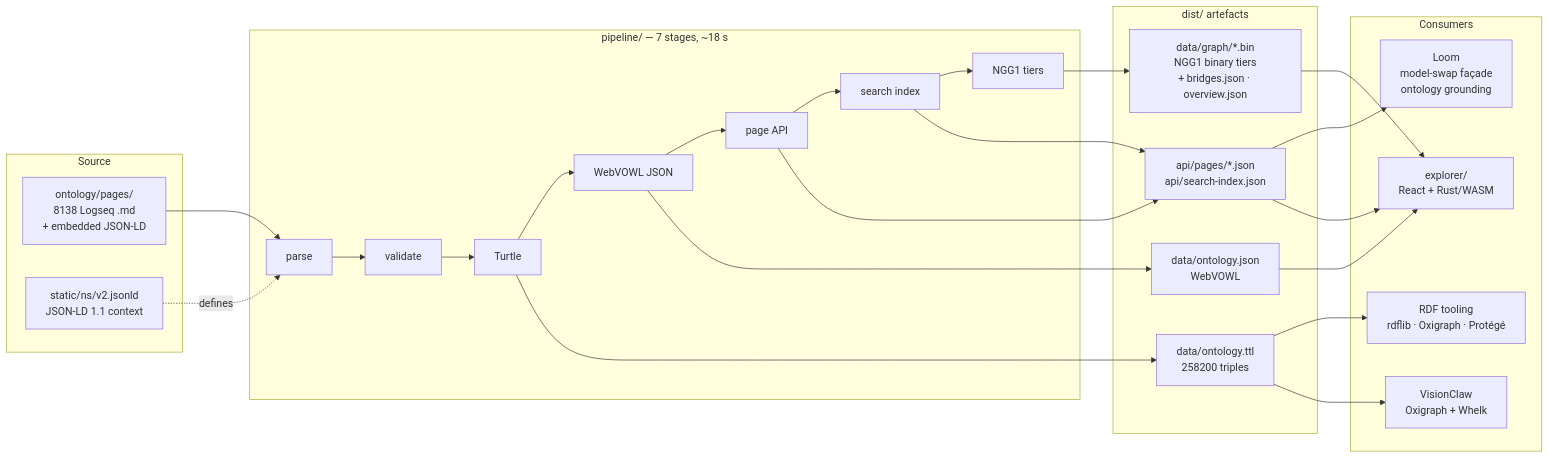
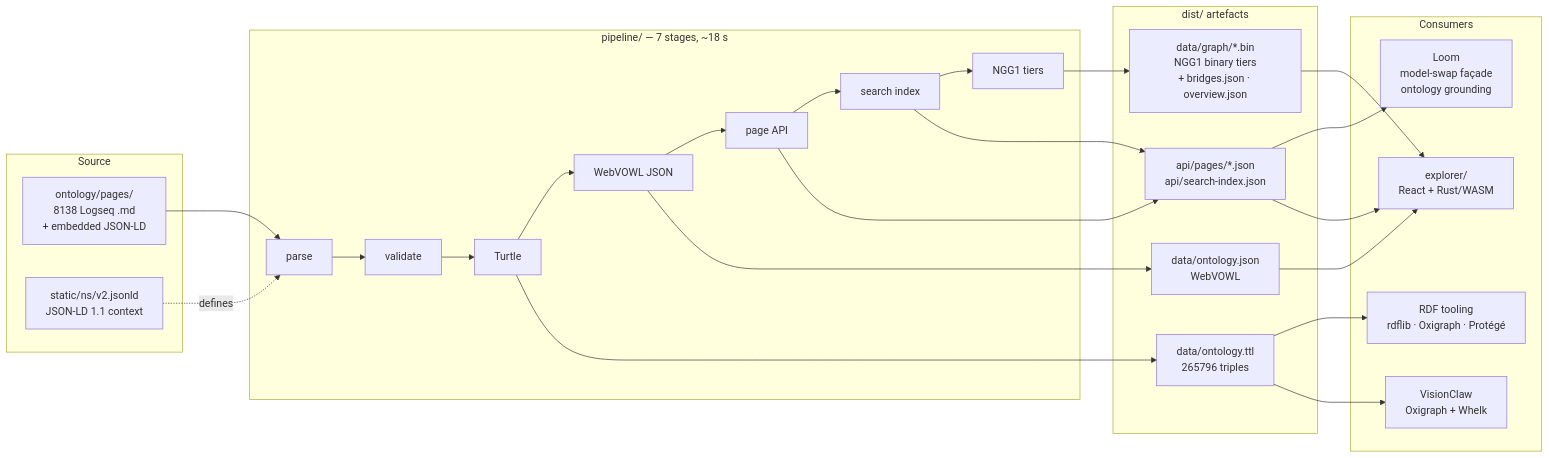
The diagram in README.md (DreamLab-AI/knowledgeGraph), drawn with Mermaid before and after one commit. The commit also changed other lines of this file and 8 other files, not shown here.

````diff
--- a/README.md
+++ b/README.md
@@ -160,41 +160,41 @@
 ```mermaid
 flowchart LR
     subgraph source["Source"]
         md["ontology/pages/<br/>8138 Logseq .md<br/>+ embedded JSON-LD"]
         ctx["static/ns/v2.jsonld<br/>JSON-LD 1.1 context"]
     end
 
     subgraph pipe["pipeline/ — 7 stages, ~18 s"]
         p1["parse"] --> p2["validate"] --> p3["Turtle"]
         p3 --> p4["WebVOWL JSON"] --> p5["page API"]
         p5 --> p6["search index"] --> p7["NGG1 tiers"]
     end
 
     subgraph art["dist/ artefacts"]
-        ttl["data/ontology.ttl<br/>258200 triples"]
+        ttl["data/ontology.ttl<br/>265796 triples"]
         vowl["data/ontology.json<br/>WebVOWL"]
         bin["data/graph/*.bin<br/>NGG1 binary tiers<br/>+ bridges.json · overview.json"]
         api["api/pages/*.json<br/>api/search-index.json"]
     end
 
     subgraph cons["Consumers"]
         rdf["RDF tooling<br/>rdflib · Oxigraph · Protégé"]
         exp["explorer/<br/>React + Rust/WASM"]
         vc["VisionClaw<br/>Oxigraph + Whelk"]
         loom["Loom<br/>model-swap façade<br/>ontology grounding"]
     end
 
     md --> p1
     ctx -.defines.-> p1
     p3 --> ttl
     p4 --> vowl
     p7 --> bin
     p5 --> api
     p6 --> api
     ttl --> rdf
     ttl --> vc
     api --> loom
     bin --> exp
     api --> exp
     vowl --> exp
 ```
````
